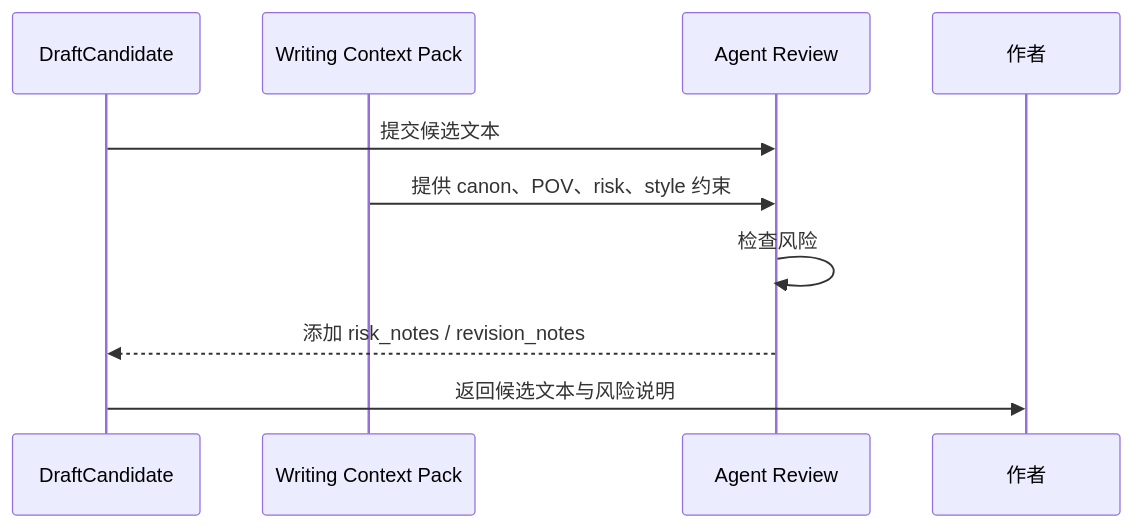
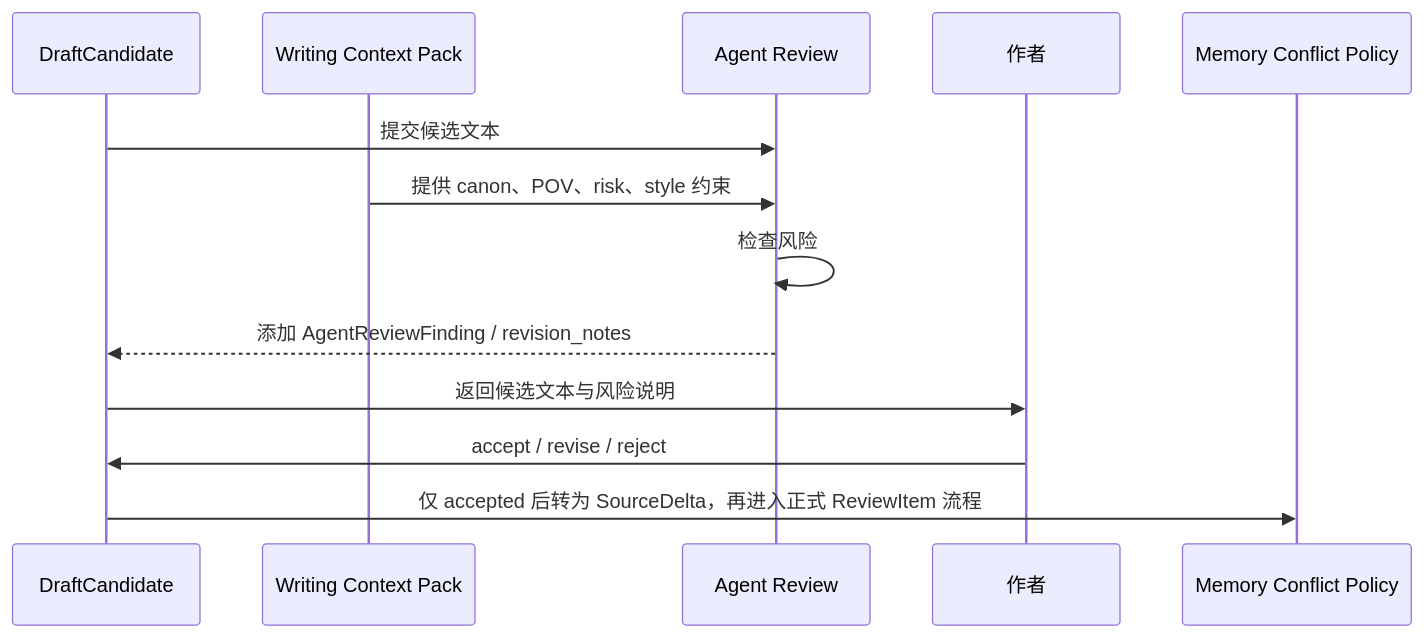
One commit to FrankQDWang/sextantlabs changed the first of 2 diagrams in goals/26-agent-review-policy.md. Above: the diagram before and after it, drawn with Mermaid. The commit also changed other lines of this file, not shown here.

Commit message:
Clarify agent review findings before memory review items

````diff
--- a/goals/26-agent-review-policy.md
+++ b/goals/26-agent-review-policy.md
@@ -38,13 +61,16 @@
 ```mermaid
 sequenceDiagram
     participant Draft as DraftCandidate
     participant Pack as Writing Context Pack
     participant Review as Agent Review
     participant Author as 作者
+    participant Memory as Memory Conflict Policy
 
     Draft->>Review: 提交候选文本
     Pack->>Review: 提供 canon、POV、risk、style 约束
     Review->>Review: 检查风险
-    Review-->>Draft: 添加 risk_notes / revision_notes
+    Review-->>Draft: 添加 AgentReviewFinding / revision_notes
     Draft->>Author: 返回候选文本与风险说明
+    Author->>Draft: accept / revise / reject
+    Draft->>Memory: 仅 accepted 后转为 SourceDelta，再进入正式 ReviewItem 流程
 ```
````
